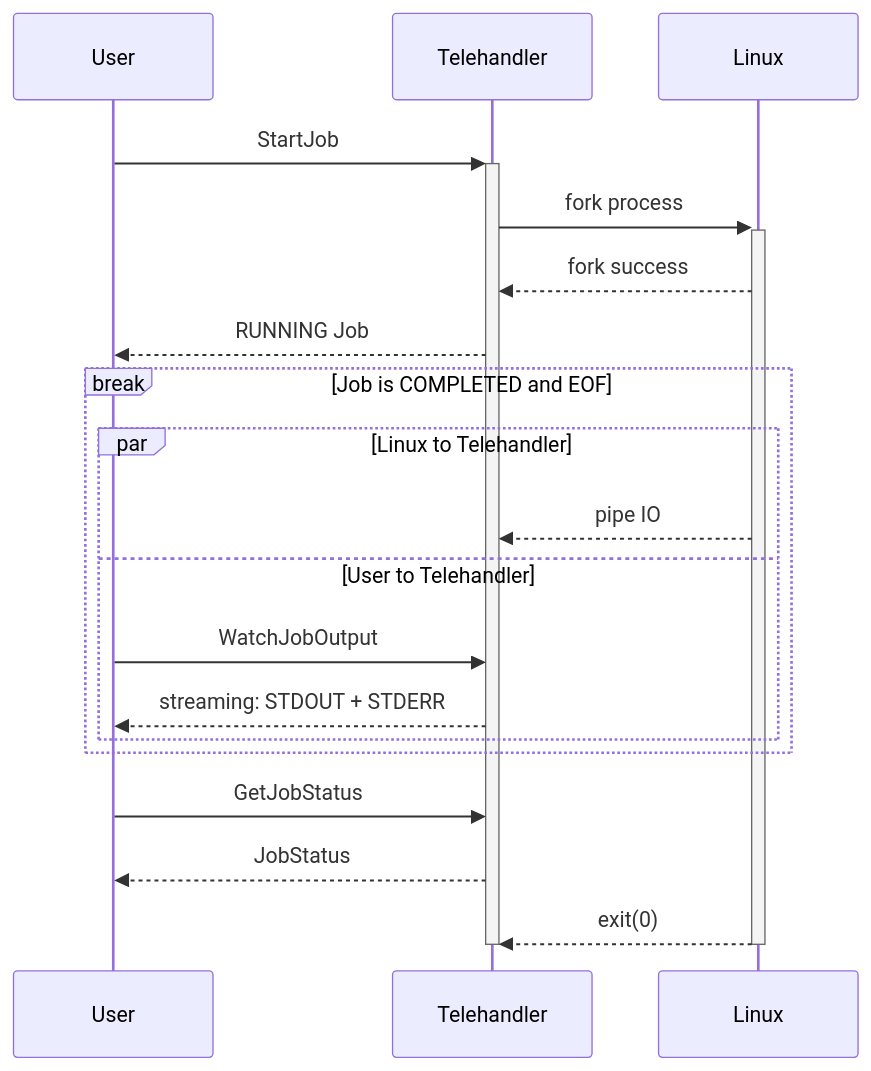
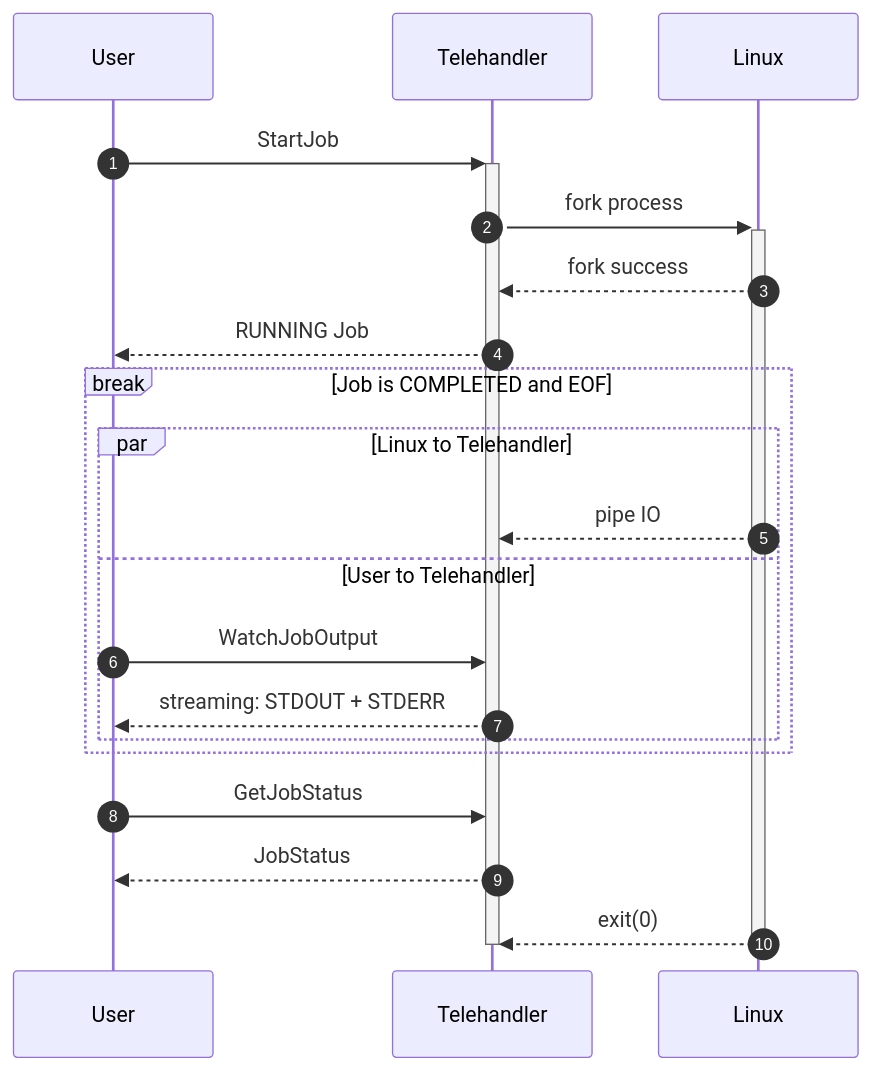
The first of 3 diagrams in docs/design.md (drrev/telehandler), drawn with Mermaid before and after one commit. The commit also changed other lines of this file, not shown here.

````diff
--- a/docs/design.md
+++ b/docs/design.md
@@ -31,21 +31,22 @@
 ```mermaid
 sequenceDiagram
+    autonumber
     participant User
     participant Telehandler
     User ->>+ Telehandler: StartJob
     Telehandler ->>+ Linux: fork process
     Linux -->> Telehandler: fork success
     Telehandler -->> User: RUNNING Job
     break Job is COMPLETED and EOF
         par Linux to Telehandler
             Linux -->> Telehandler: pipe IO
         and User to Telehandler
             User ->> Telehandler: WatchJobOutput
             Telehandler -->> User: streaming: STDOUT + STDERR
         end
     end
     User ->> Telehandler: GetJobStatus
     Telehandler -->> User: JobStatus
     Linux -->>- Telehandler: exit(0)
     deactivate Telehandler
 ```
````
